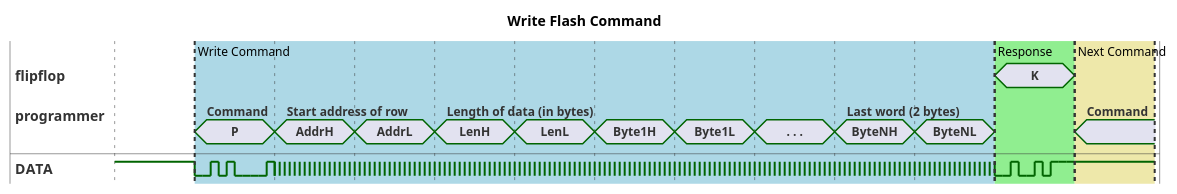
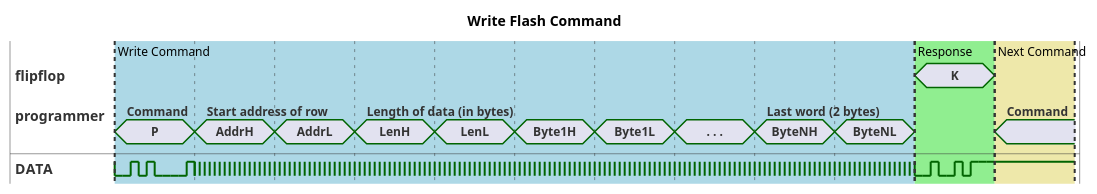
Before and after one commit to Rex--/flipflop: the diagram in docs/src/diagrams/write-command.puml, drawn with PlantUML. The commit also changed 6 other files, not shown here.

Commit message:
Fixed a few small bugs introduced when cleaning up to commit. Shortened the command diagrams.

```diff
--- a/docs/src/diagrams/write-command.puml
+++ b/docs/src/diagrams/write-command.puml
@@ -1,102 +1,98 @@
 @startuml write-command
 ' mode compact
 scale 10 as 80 pixels
 hide time-axis
 Title: Write Flash Command
 
 compact concise "flipflop" as FF
 compact concise "programmer" as PG
 binary "DATA" as D
 
 D is high
-
-@0
-FF is {hidden}
-PG is {hidden}
 
 @10
 PG is P : Command
 D is low
 @+1
 D is low
 @+1
 D is high
 @+1
 D is low
 @+1
 D is high
 @+1
 D is low
 @+1
 D is low
 @+1
 D is low
 @+1
 D is low
 @+1
 D is high
 
 @20
 PG is AddrH : Start address of row
 D is {high,low}
 
 @30
 PG is AddrL
 
 @40
 PG is LenH : Length of data (in bytes)
 
 @50
 PG is LenL
 
 @60
 PG is Byte1H
 
 @70
 PG is Byte1L
 
 @80
 PG is ". . ."
 
 @90
 PG is ByteNH : Last word (2 bytes)
 
 @100
 PG is ByteNL
 FF is {hidden}
 
 
 @110
 FF is K
 PG is {hidden}
 D is low
 @+1
 D is low
 @+1
 D is high
 @+1
 D is low
 @+1
 D is low
 @+1
 D is high
 @+1
 D is low
 @+1
 D is high
 @+1
 D is high
 @+1
 D is high
 
 @120
 FF is {hidden}
 PG is "" : Command
 
 
 
 highlight 10 to 110 #LightBlue: Write Command
 highlight 110 to 120 #LightGreen: Response
 highlight 120 to 130 #PaleGoldenRod: Next Command
 
 @enduml
```
